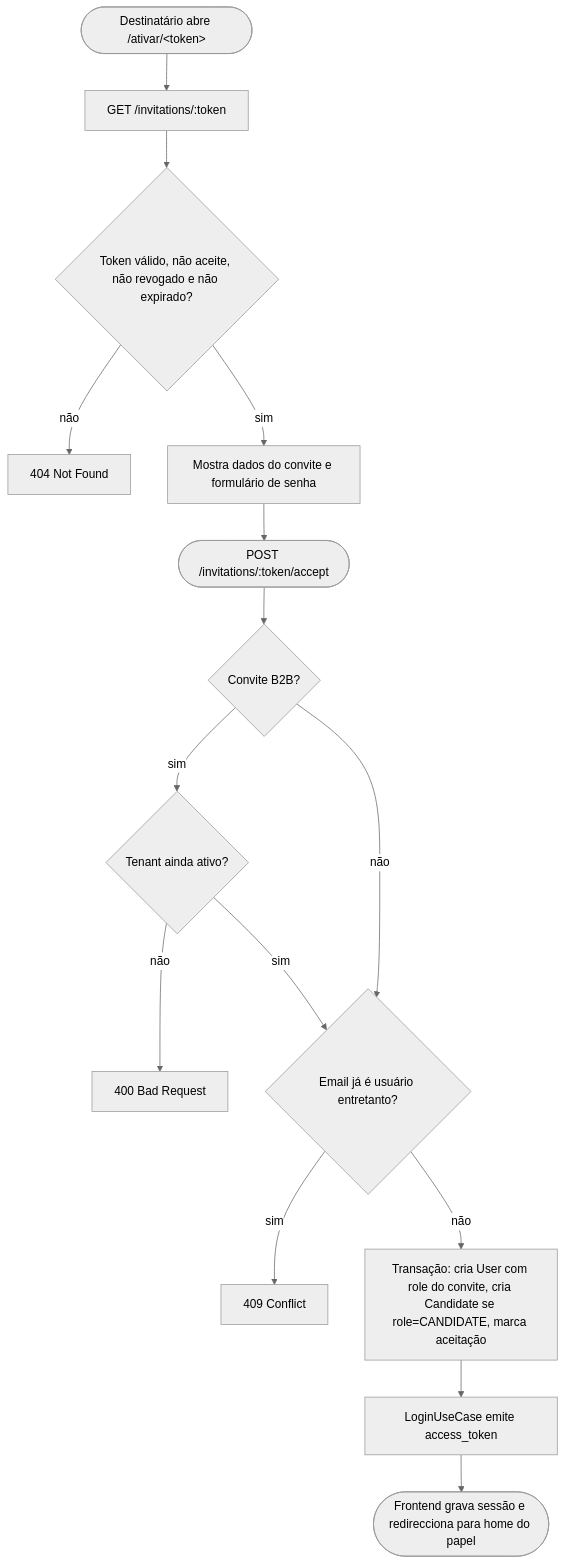
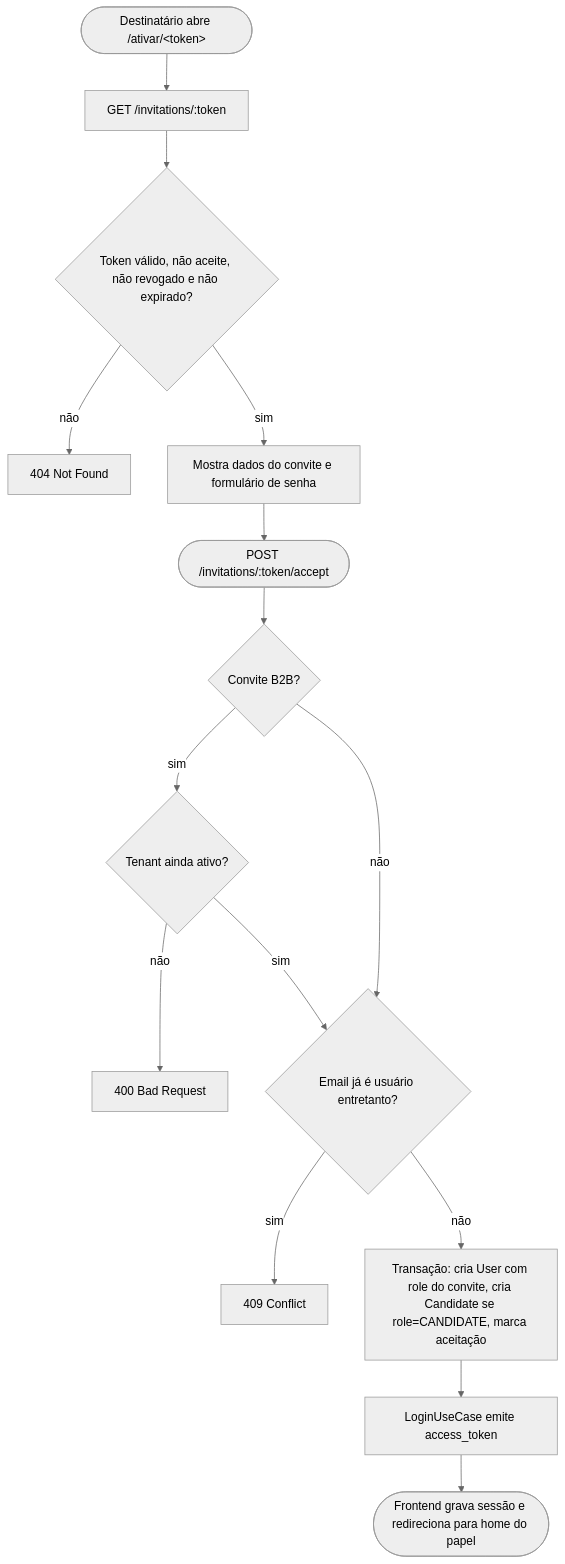
The fourth of 13 diagrams in FLUXOS.md (AndreXime/deploy-talent), drawn with Mermaid (neutral theme) before and after one commit. The commit also changed other lines of this file and 2 other files, not shown here.

First line of the commit message:
docs: padronizar documentação para português do Brasil

````diff
--- a/FLUXOS.md
+++ b/FLUXOS.md
@@ -72,17 +72,17 @@
 ```mermaid
 flowchart TD
     open([Destinatário abre /ativar/&lt;token&gt;]) --> preview[GET /invitations/:token]
     preview --> valid{Token válido, não aceite, não revogado e não expirado?}
     valid -- não --> err404[404 Not Found]
     valid -- sim --> show[Mostra dados do convite e formulário de senha]
     show --> submit([POST /invitations/:token/accept])
     submit --> isB2b{Convite B2B?}
     isB2b -- sim --> tenantOk{Tenant ainda ativo?}
     tenantOk -- não --> err400[400 Bad Request]
     isB2b -- não --> clash
     tenantOk -- sim --> clash{Email já é usuário entretanto?}
     clash -- sim --> err409[409 Conflict]
     clash -- não --> tx[Transação: cria User com role do convite, cria Candidate se role=CANDIDATE, marca aceitação]
     tx --> jwt[LoginUseCase emite access_token]
-    jwt --> done([Frontend grava sessão e redirecciona para home do papel])
+    jwt --> done([Frontend grava sessão e redireciona para home do papel])
 ```
````
